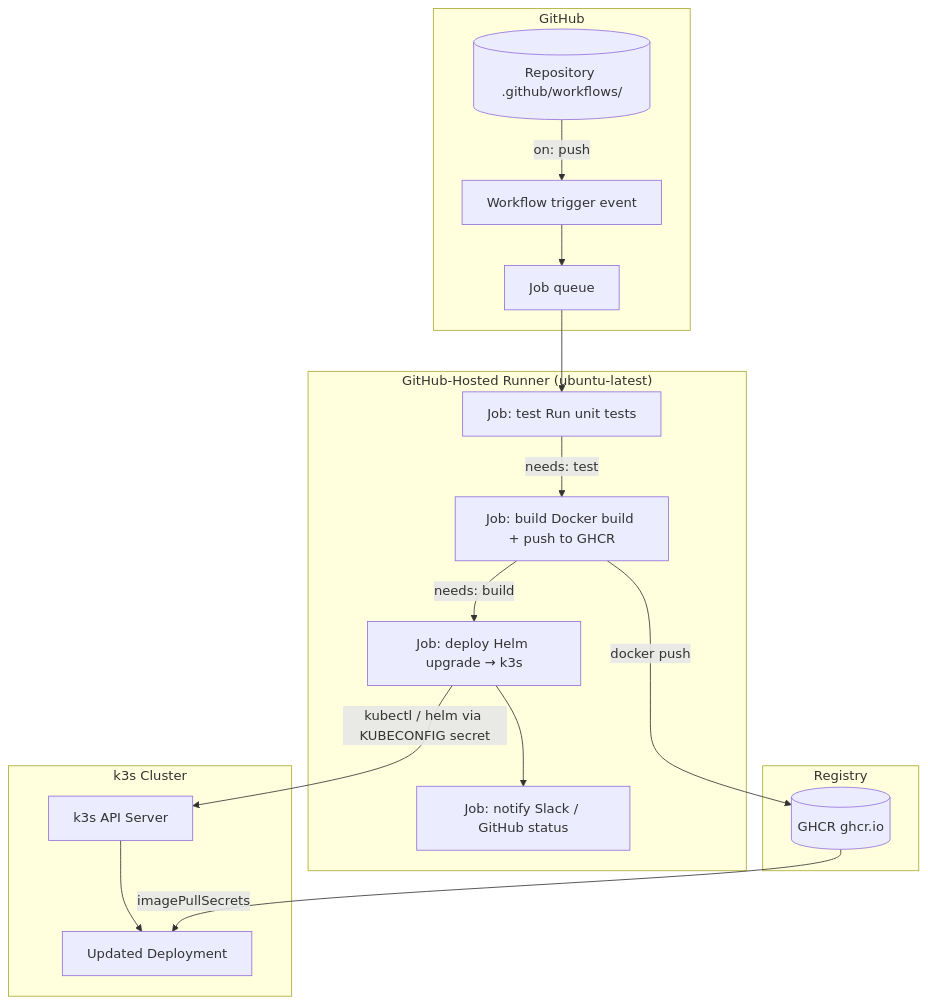
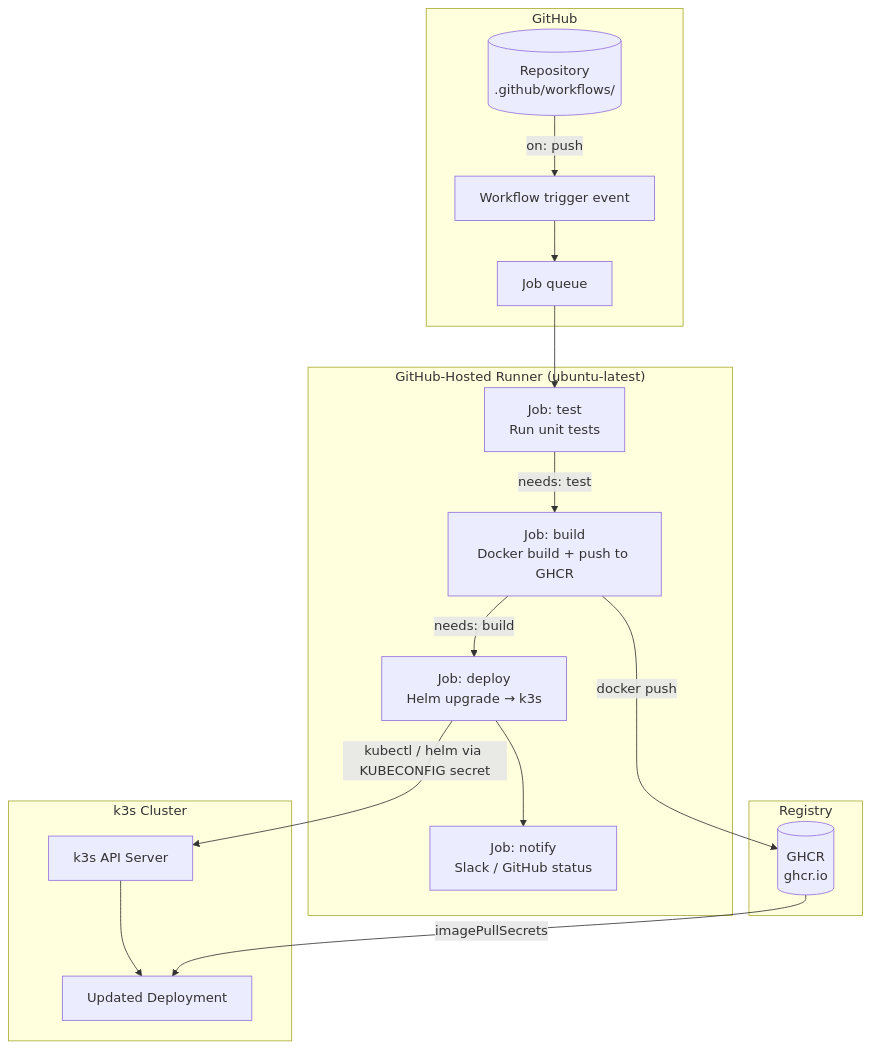
Before and after one commit to UncleJS/course_k3s: the first of 4 diagrams in 12_cicd/02_github_actions_deploy.md, drawn with Mermaid. The commit also changed other lines of this file and 45 other files, not shown here.

First line of the commit message:
Expand all course lessons: Mermaid diagrams + rich prose across 43 files

````diff
--- a/12_cicd/02_github_actions_deploy.md
+++ b/12_cicd/02_github_actions_deploy.md
@@ -32,24 +35,24 @@
 ```mermaid
 flowchart TD
     subgraph GitHub
-        REPO[(Repository .github/workflows/)] -->|on: push| EVENT[Workflow trigger event]
-        EVENT --> QUEUE[Job queue]
+        REPO[("Repository<br/>.github/workflows/")] -->|"on: push"| EVENT["Workflow trigger event"]
+        EVENT --> QUEUE["Job queue"]
     end
 
-    subgraph Runner["GitHub-Hosted Runner (ubuntu-latest)"]
-        QUEUE --> JOB1[Job: test Run unit tests]
-        JOB1 -->|needs: test| JOB2[Job: build Docker build + push to GHCR]
-        JOB2 -->|needs: build| JOB3[Job: deploy Helm upgrade → k3s]
-        JOB3 --> JOB4[Job: notify Slack / GitHub status]
+    subgraph "GitHub-Hosted Runner (ubuntu-latest)"
+        QUEUE --> JOB1["Job: test<br/>Run unit tests"]
+        JOB1 -->|"needs: test"| JOB2["Job: build<br/>Docker build + push to GHCR"]
+        JOB2 -->|"needs: build"| JOB3["Job: deploy<br/>Helm upgrade → k3s"]
+        JOB3 --> JOB4["Job: notify<br/>Slack / GitHub status"]
     end
 
-    subgraph Cluster["k3s Cluster"]
-        JOB3 -->|kubectl / helm via KUBECONFIG secret| K3S[k3s API Server]
-        K3S --> DEPLOY[Updated Deployment]
+    subgraph "k3s Cluster"
+        JOB3 -->|"kubectl / helm via KUBECONFIG secret"| K3S["k3s API Server"]
+        K3S --> DEPLOY["Updated Deployment"]
     end
 
     subgraph Registry
-        JOB2 -->|docker push| GHCR[(GHCR ghcr.io)]
-        GHCR -->|imagePullSecrets| DEPLOY
+        JOB2 -->|"docker push"| GHCR[("GHCR<br/>ghcr.io")]
+        GHCR -->|"imagePullSecrets"| DEPLOY
     end
 ```
````
